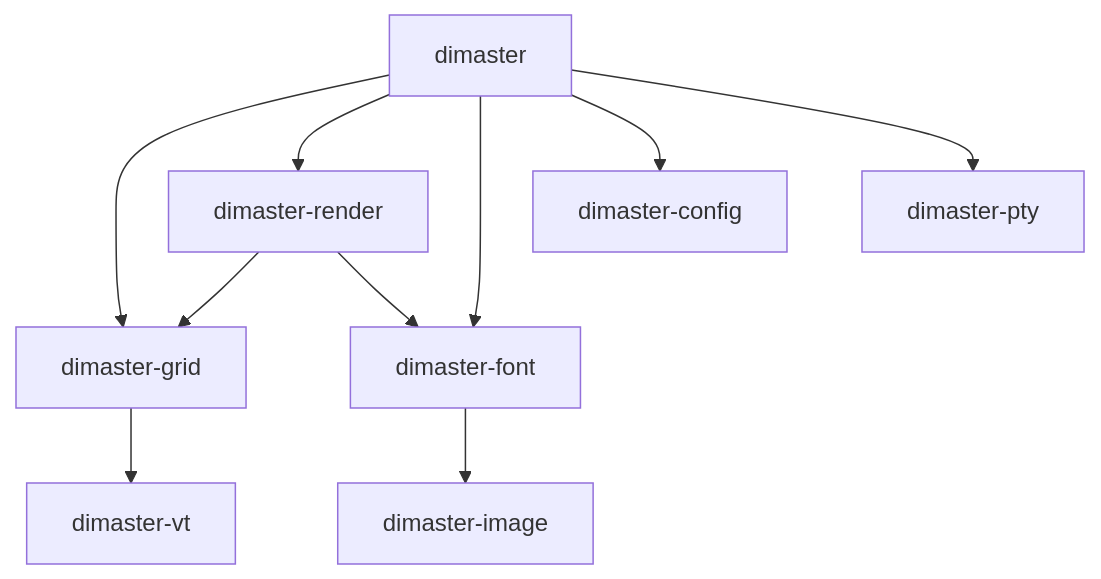
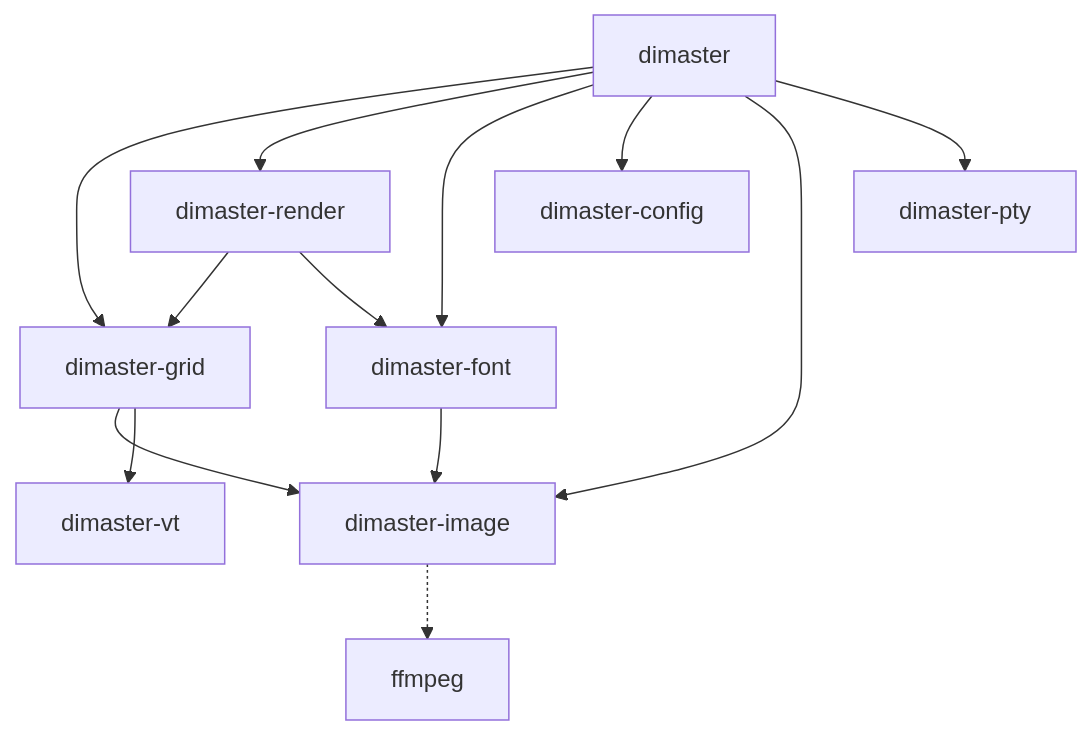
The first of 3 diagrams in docs/UML.md (Utkautka1/DimaSter), drawn with Mermaid before and after one commit. The commit also changed other lines of this file and 41 other files, not shown here.

````diff
--- a/docs/UML.md
+++ b/docs/UML.md
@@ -5,12 +5,15 @@
 ```mermaid
 graph TD
     app[dimaster] --> grid[dimaster-grid]
     app --> render[dimaster-render]
     app --> font[dimaster-font]
     render --> grid
     render --> font
     font --> image[dimaster-image]
     app --> config[dimaster-config]
+    grid --> image
+    app --> image
+    image -.-> ffmpeg
     app --> pty[dimaster-pty]
     grid --> vt[dimaster-vt]
 ```
````
